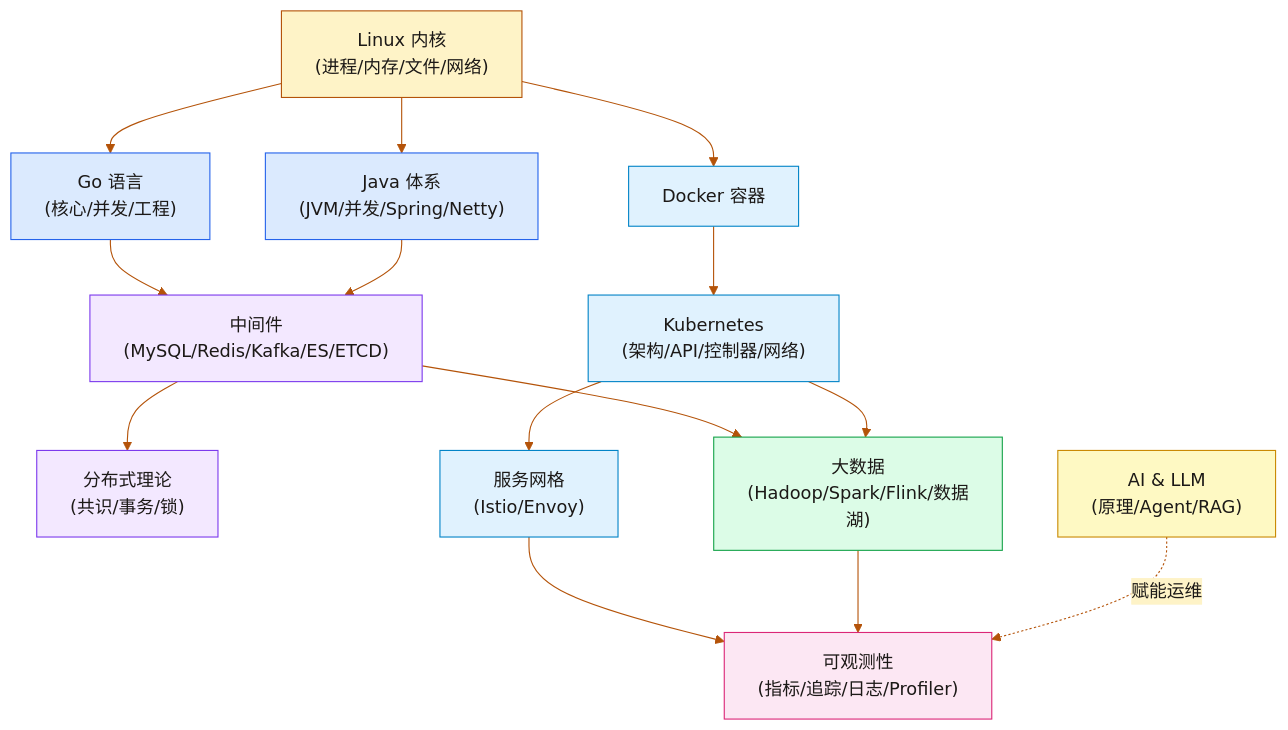
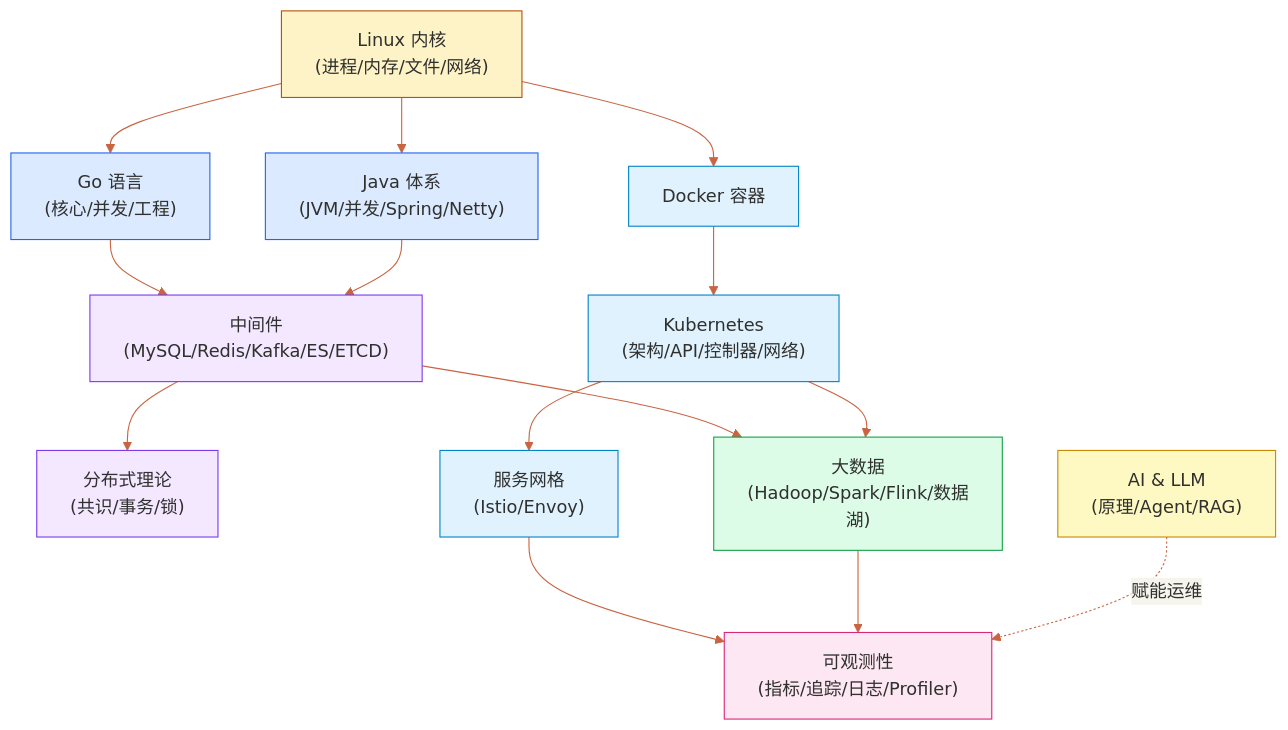
Before and after one commit to hpliStartAgain/my-brain: the diagram in content/index.md, drawn with Mermaid. The commit also changed other lines of this file and 14 other files, not shown here.

````diff
--- a/content/index.md
+++ b/content/index.md
@@ -95,45 +95,45 @@
 ```mermaid
-%%{init: {'theme': 'base', 'themeVariables': {'primaryColor': '#faf6f1', 'primaryTextColor': '#1c1917', 'lineColor': '#b45309', 'secondaryColor': '#fef3c7'}}}%%
+%%{init: {'theme': 'base', 'themeVariables': {'primaryColor': '#faf9f5', 'primaryTextColor': '#30302e', 'lineColor': '#c96442', 'secondaryColor': '#f5f4ed'}}}%%
 graph TD
-    classDef os fill:#fef3c7,stroke:#b45309,color:#1c1917
-    classDef lang fill:#dbeafe,stroke:#2563eb,color:#1c1917
-    classDef middleware fill:#f3e8ff,stroke:#7c3aed,color:#1c1917
-    classDef bigdata fill:#dcfce7,stroke:#16a34a,color:#1c1917
-    classDef cloud fill:#e0f2fe,stroke:#0284c7,color:#1c1917
-    classDef obs fill:#fce7f3,stroke:#db2777,color:#1c1917
-    classDef ai fill:#fef9c3,stroke:#ca8a04,color:#1c1917
+    classDef os fill:#fef3c7,stroke:#b45309,color:#30302e
+    classDef lang fill:#dbeafe,stroke:#2563eb,color:#30302e
+    classDef middleware fill:#f3e8ff,stroke:#7c3aed,color:#30302e
+    classDef bigdata fill:#dcfce7,stroke:#16a34a,color:#30302e
+    classDef cloud fill:#e0f2fe,stroke:#0284c7,color:#30302e
+    classDef obs fill:#fce7f3,stroke:#db2777,color:#30302e
+    classDef ai fill:#fef9c3,stroke:#ca8a04,color:#30302e
 
     Linux["Linux 内核</br>(进程/内存/文件/网络)"]
     Go["Go 语言</br>(核心/并发/工程)"]
     Java["Java 体系</br>(JVM/并发/Spring/Netty)"]
     MW["中间件</br>(MySQL/Redis/Kafka/ES/ETCD)"]
     Dist["分布式理论</br>(共识/事务/锁)"]
     BD["大数据</br>(Hadoop/Spark/Flink/数据湖)"]
     Docker["Docker 容器"]
     K8s["Kubernetes</br>(架构/API/控制器/网络)"]
     Mesh["服务网格</br>(Istio/Envoy)"]
     Obs["可观测性</br>(指标/追踪/日志/Profiler)"]
     AI["AI & LLM</br>(原理/Agent/RAG)"]
 
     Linux --> Go
     Linux --> Java
     Linux --> Docker
     Go --> MW
     Java --> MW
     MW --> Dist
     MW --> BD
     Docker --> K8s
     K8s --> Mesh
     K8s --> BD
     Mesh --> Obs
     BD --> Obs
     AI -.->|"赋能运维"| Obs
 
     class Linux os
     class Go,Java lang
     class MW,Dist middleware
     class BD bigdata
     class Docker,K8s,Mesh cloud
     class Obs obs
     class AI ai
 ```
````
